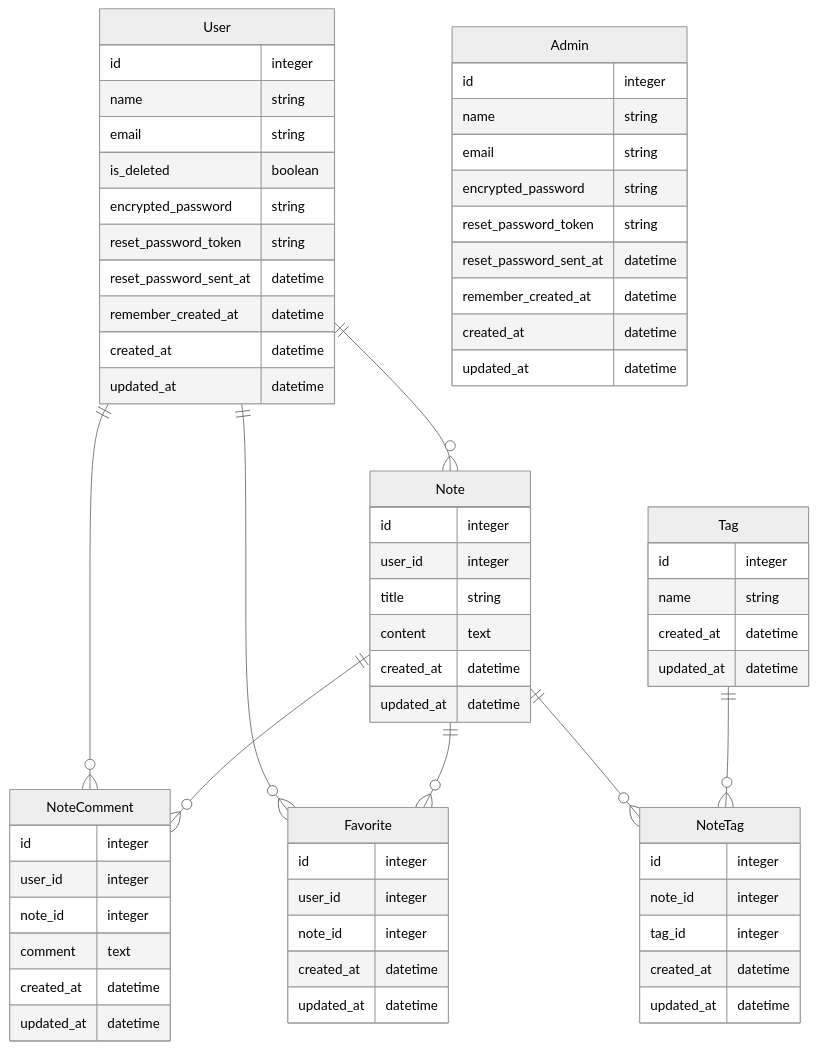
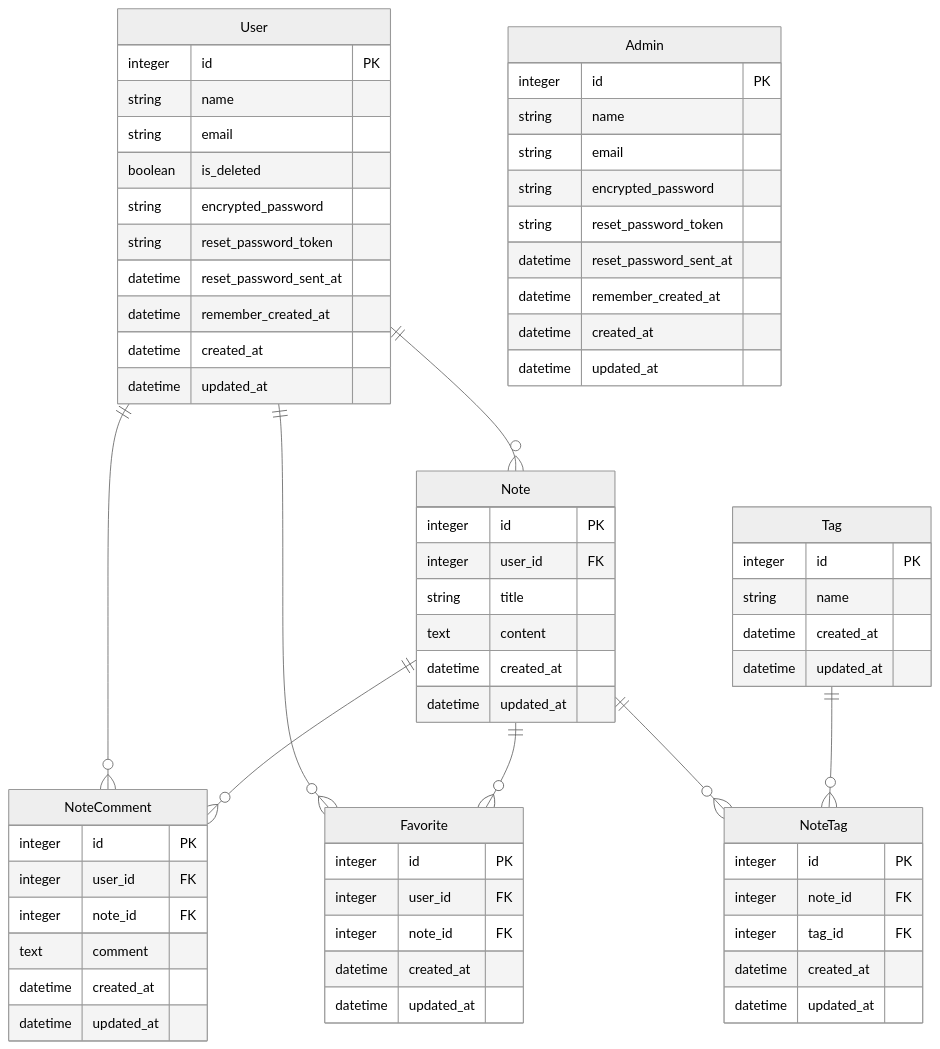
The diagram in README.md (urotansh/term-app), drawn with Mermaid (neutral theme) before and after one commit.

Commit message:
[Add] README.md ER図へPK(主キー)とFK(外部キー)の記述を追加

````diff
--- a/README.md
+++ b/README.md
@@ -29,76 +29,76 @@
 ```mermaid
 erDiagram
   User ||--o{ Note: ""
   User ||--o{ Favorite: ""
   User ||--o{ NoteComment: ""
   Note ||--o{ NoteComment: ""
   Note ||--o{ Favorite: ""
   Note ||--o{ NoteTag: ""
   Tag ||--o{ NoteTag: ""
-  
+
   User {
-    id                      integer
-    name                    string
-    email                   string
-    is_deleted              boolean
-    encrypted_password      string
-    reset_password_token    string
-    reset_password_sent_at  datetime
-    remember_created_at     datetime
-    created_at              datetime
-    updated_at              datetime
+    integer   id                      PK
+    string    name                      
+    string    email                     
+    boolean   is_deleted                
+    string    encrypted_password        
+    string    reset_password_token      
+    datetime  reset_password_sent_at    
+    datetime  remember_created_at       
+    datetime  created_at                
+    datetime  updated_at                
   }
 
   Admin {
-    id                      integer
-    name                    string
-    email                   string
-    encrypted_password      string
-    reset_password_token    string
-    reset_password_sent_at  datetime
-    remember_created_at     datetime
-    created_at              datetime
-    updated_at              datetime
+    integer   id                      PK
+    string    name                      
+    string    email                     
+    string    encrypted_password        
+    string    reset_password_token      
+    datetime  reset_password_sent_at    
+    datetime  remember_created_at       
+    datetime  created_at                
+    datetime  updated_at                
   }
 
   Note {
-    id                      integer
-    user_id                 integer
-    title                   string
-    content                 text
-    created_at              datetime
-    updated_at              datetime
+    integer   id                      PK
+    integer   user_id                 FK
+    string    title                     
+    text      content                   
+    datetime  created_at                
+    datetime  updated_at                
   }
 
   NoteComment {
-    id                      integer
-    user_id                 integer
-    note_id                 integer
-    comment                 text
-    created_at              datetime
-    updated_at              datetime
+    integer   id                      PK
+    integer   user_id                 FK
+    integer   note_id                 FK
+    text      comment                   
+    datetime  created_at                
+    datetime  updated_at                
   }
 
   Favorite {
-    id                      integer
-    user_id                 integer
-    note_id                 integer
-    created_at              datetime
-    updated_at              datetime
+    integer   id                      PK
+    integer   user_id                 FK
+    integer   note_id                 FK
+    datetime  created_at                
+    datetime  updated_at                
   }
 
   Tag {
-    id                      integer
-    name                    string
-    created_at              datetime
-    updated_at              datetime
+    integer   id                      PK
+    string    name                      
+    datetime  created_at                
+    datetime  updated_at                
   }
 
   NoteTag {
-    id                      integer
-    note_id                 integer
-    tag_id                  integer
-    created_at              datetime
-    updated_at              datetime
+    integer   id                      PK
+    integer   note_id                 FK
+    integer   tag_id                  FK
+    datetime  created_at                
+    datetime  updated_at                
   }
 ```
````
